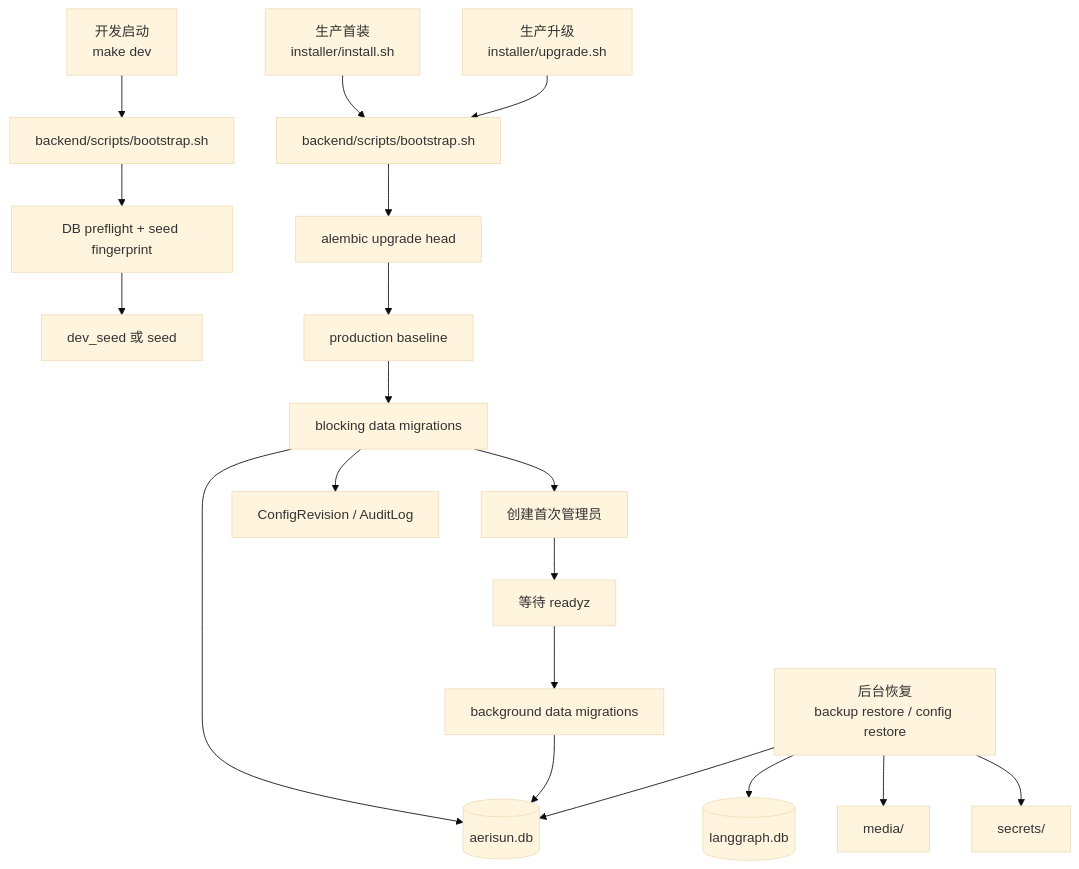
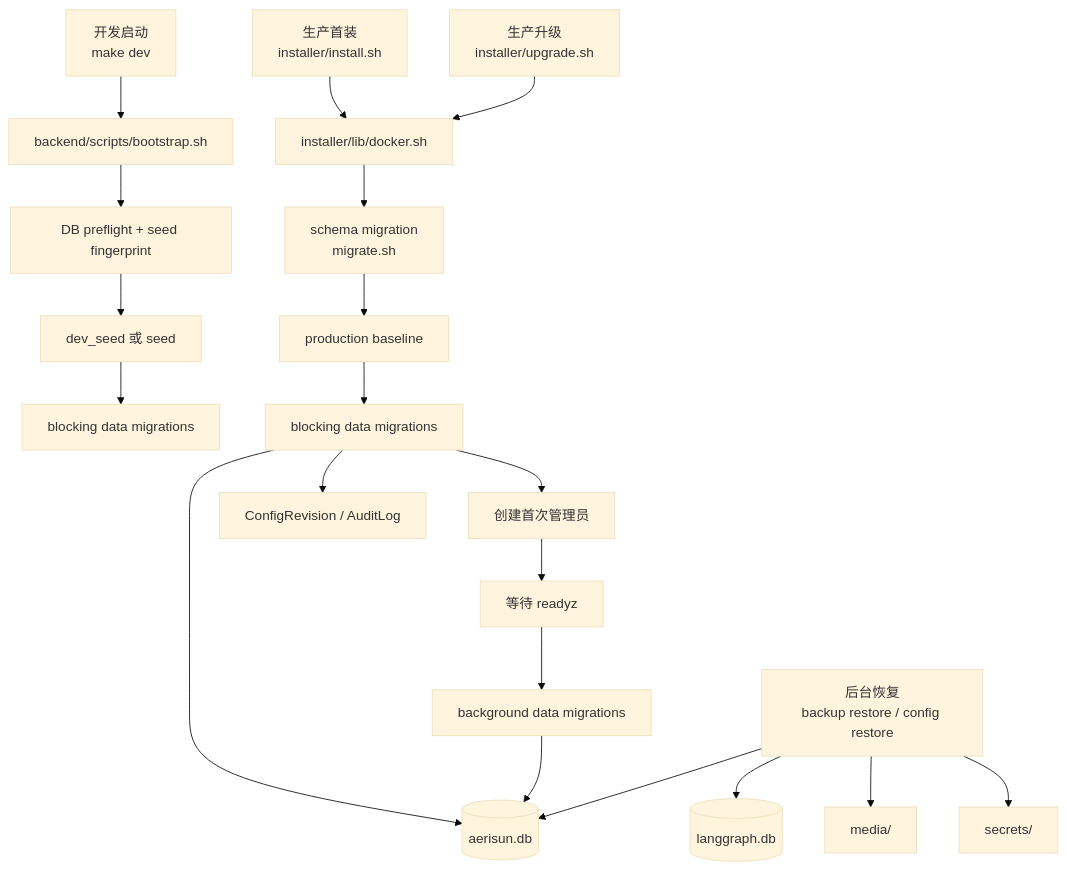
The fifth of 8 diagrams in docs/architecture.md (Aerisun/Serino), drawn with Mermaid (base theme) before and after one commit. The commit also changed other lines of this file and 11 other files, not shown here.

````diff
--- a/docs/architecture.md
+++ b/docs/architecture.md
@@ -304,25 +304,26 @@
 ```mermaid
 flowchart TB
     Dev["开发启动\nmake dev"] --> DevBootstrap["backend/scripts/bootstrap.sh"]
-    FirstBoot["生产首装\ninstaller/install.sh"] --> ProdBootstrap["backend/scripts/bootstrap.sh"]
-    Upgrade["生产升级\ninstaller/upgrade.sh"] --> ProdBootstrap
+    FirstBoot["生产首装\ninstaller/install.sh"] --> ProdInstall["installer/lib/docker.sh"]
+    Upgrade["生产升级\ninstaller/upgrade.sh"] --> ProdInstall
 
     DevBootstrap --> DevPreflight["DB preflight + seed fingerprint"]
     DevPreflight --> DevSeed["dev_seed 或 seed"]
+    DevSeed --> DevDataMigrate["blocking data migrations"]
 
-    ProdBootstrap --> Migrate["alembic upgrade head"]
+    ProdInstall --> Migrate["schema migration\nmigrate.sh"]
     Migrate --> Baseline["production baseline"]
     Baseline --> Blocking["blocking data migrations"]
     Blocking --> FirstAdmin["创建首次管理员"]
     FirstAdmin --> Ready["等待 readyz"]
     Ready --> Background["background data migrations"]
 
     Blocking --> ConfigRevisions["ConfigRevision / AuditLog"]
     Blocking --> MainDB[("aerisun.db")]
     Background --> MainDB
 
     Restore["后台恢复\nbackup restore / config restore"] --> MainDB
     Restore --> WorkflowDB[("langgraph.db")]
     Restore --> Media["media/"]
     Restore --> Secrets["secrets/"]
 ```
````
